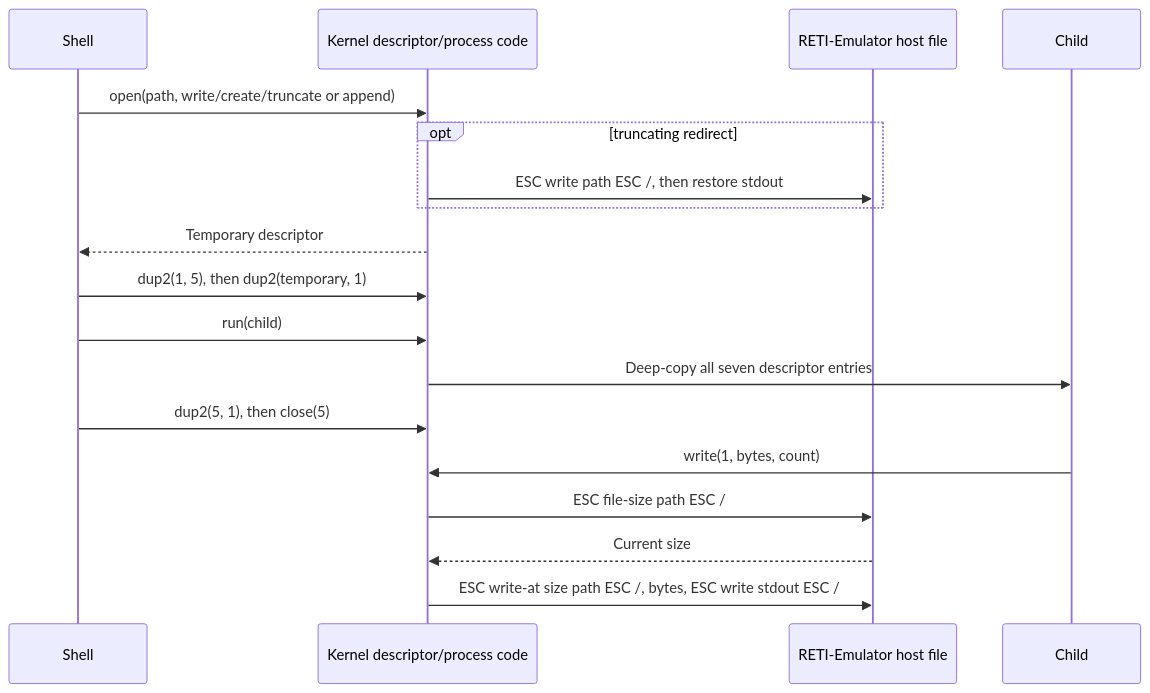
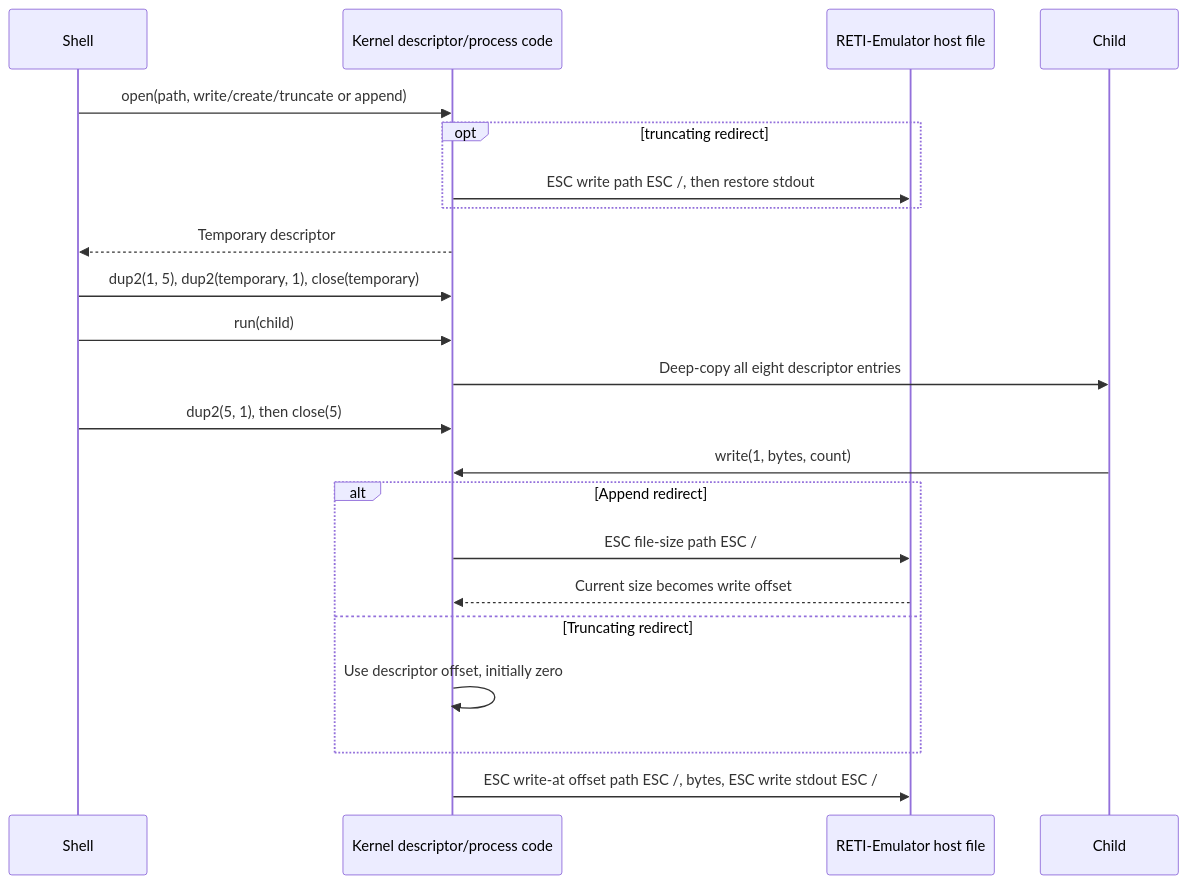
Diagram 26 of 30 in README.md (matthejue/Pico-OS), drawn with Mermaid before and after one commit. The commit also changed other lines of this file, not shown here.

Commit message:
updated README with clearer explanations, diagrams, and source links

````diff
--- a/README.md
+++ b/README.md
@@ -3438,21 +3865,25 @@
 ```mermaid
 sequenceDiagram
     participant S as Shell
     participant K as Kernel descriptor/process code
     participant H as RETI-Emulator host file
     participant C as Child
 
     S->>K: open(path, write/create/truncate or append)
     opt truncating redirect
         K->>H: ESC write path ESC /, then restore stdout
     end
     K-->>S: Temporary descriptor
-    S->>K: dup2(1, 5), then dup2(temporary, 1)
+    S->>K: dup2(1, 5), dup2(temporary, 1), close(temporary)
     S->>K: run(child)
-    K->>C: Deep-copy all seven descriptor entries
+    K->>C: Deep-copy all eight descriptor entries
     S->>K: dup2(5, 1), then close(5)
     C->>K: write(1, bytes, count)
-    K->>H: ESC file-size path ESC /
-    H-->>K: Current size
-    K->>H: ESC write-at size path ESC /, bytes, ESC write stdout ESC /
+    alt Append redirect
+        K->>H: ESC file-size path ESC /
+        H-->>K: Current size becomes write offset
+    else Truncating redirect
+        K->>K: Use descriptor offset, initially zero
+    end
+    K->>H: ESC write-at offset path ESC /, bytes, ESC write stdout ESC /
 ```
````
